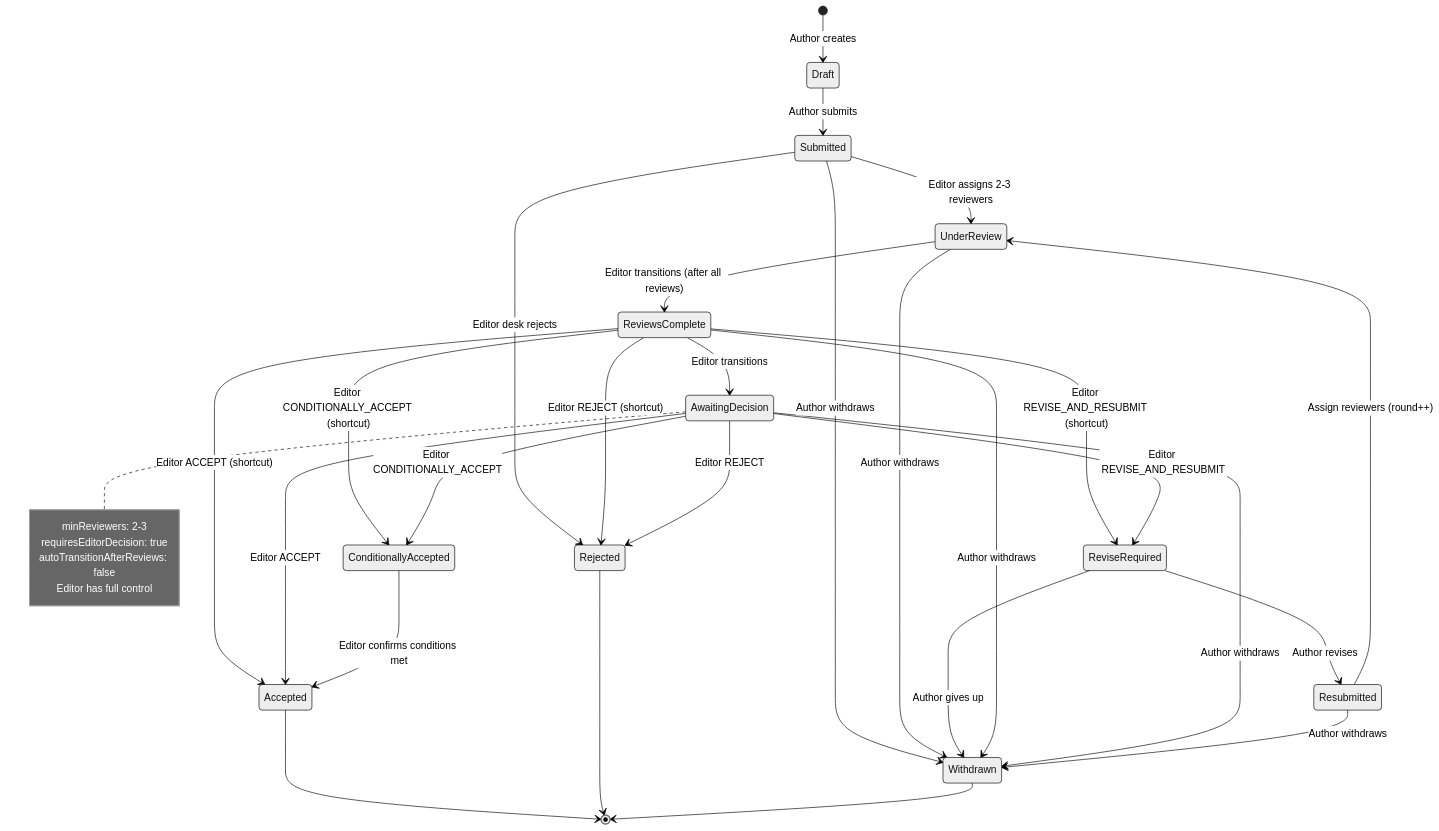
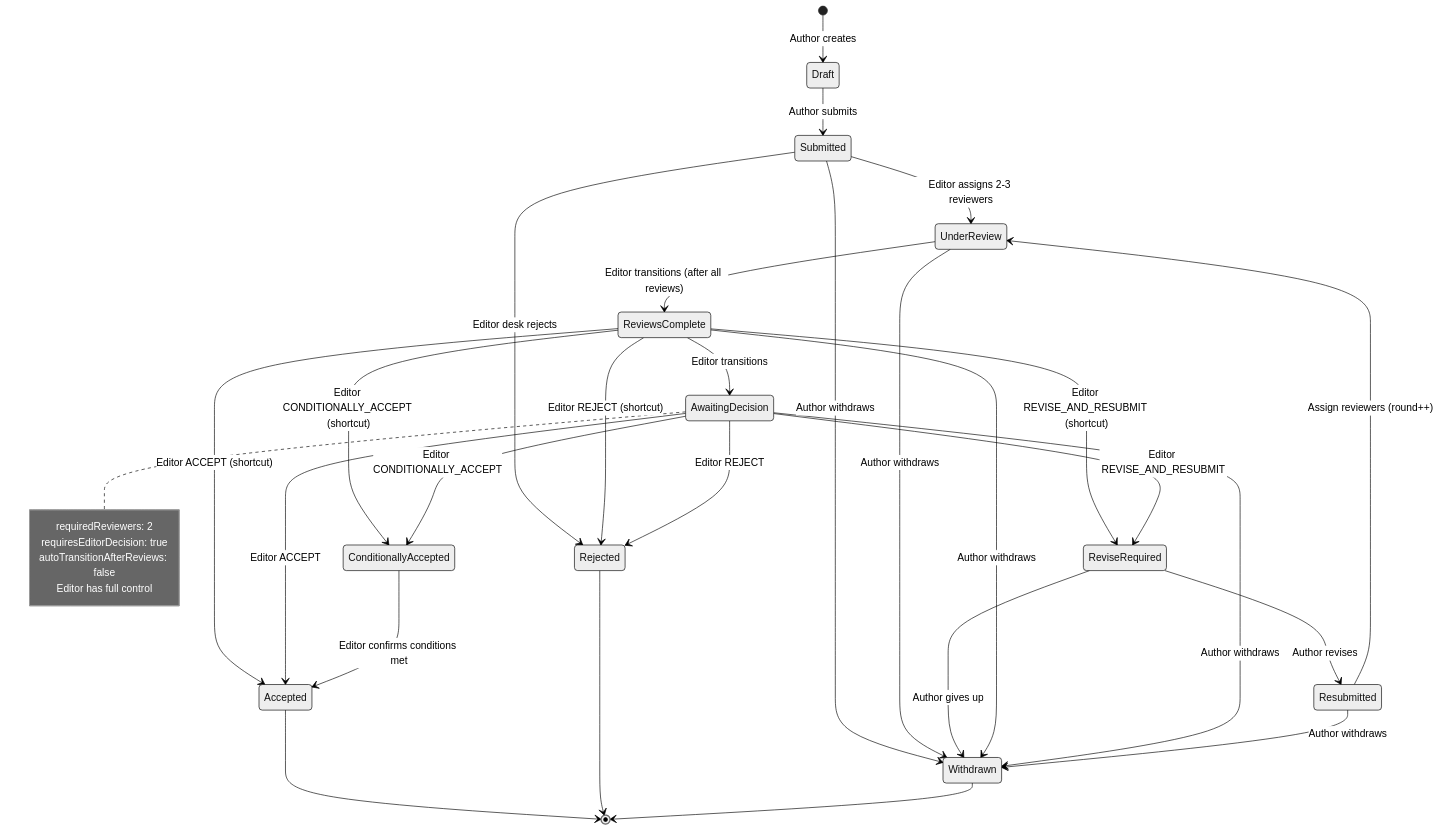
The second of 5 diagrams in WORKFLOW.md (unlimited-labs/suberus), drawn with Mermaid (neutral theme) before and after one commit. The commit also changed other lines of this file and 17 other files, not shown here.

First line of the commit message:
refactor: replace minReviewers/maxReviewers with requiredReviewers

````diff
--- a/WORKFLOW.md
+++ b/WORKFLOW.md
@@ -66,44 +65,44 @@
 ```mermaid
 stateDiagram-v2
     [*] --> Draft: Author creates
     Draft --> Submitted: Author submits
     Submitted --> UnderReview: Editor assigns 2-3 reviewers
     Submitted --> Rejected: Editor desk rejects
     Submitted --> Withdrawn: Author withdraws
 
     UnderReview --> ReviewsComplete: Editor transitions (after all reviews)
     UnderReview --> Withdrawn: Author withdraws
 
     ReviewsComplete --> AwaitingDecision: Editor transitions
     ReviewsComplete --> Accepted: Editor ACCEPT (shortcut)
     ReviewsComplete --> ConditionallyAccepted: Editor CONDITIONALLY_ACCEPT (shortcut)
     ReviewsComplete --> ReviseRequired: Editor REVISE_AND_RESUBMIT (shortcut)
     ReviewsComplete --> Rejected: Editor REJECT (shortcut)
 
     AwaitingDecision --> Accepted: Editor ACCEPT
     AwaitingDecision --> ConditionallyAccepted: Editor CONDITIONALLY_ACCEPT
     AwaitingDecision --> ReviseRequired: Editor REVISE_AND_RESUBMIT
     AwaitingDecision --> Rejected: Editor REJECT
 
     ReviseRequired --> Resubmitted: Author revises
     ReviseRequired --> Withdrawn: Author gives up
 
     Resubmitted --> UnderReview: Assign reviewers (round++)
 
     ConditionallyAccepted --> Accepted: Editor confirms conditions met
 
     ReviewsComplete --> Withdrawn: Author withdraws
     AwaitingDecision --> Withdrawn: Author withdraws
     Resubmitted --> Withdrawn: Author withdraws
 
     Accepted --> [*]
     Rejected --> [*]
     Withdrawn --> [*]
 
     note right of AwaitingDecision
-        minReviewers: 2-3
+        requiredReviewers: 2
         requiresEditorDecision: true
         autoTransitionAfterReviews: false
         Editor has full control
     end note
 ```
````
